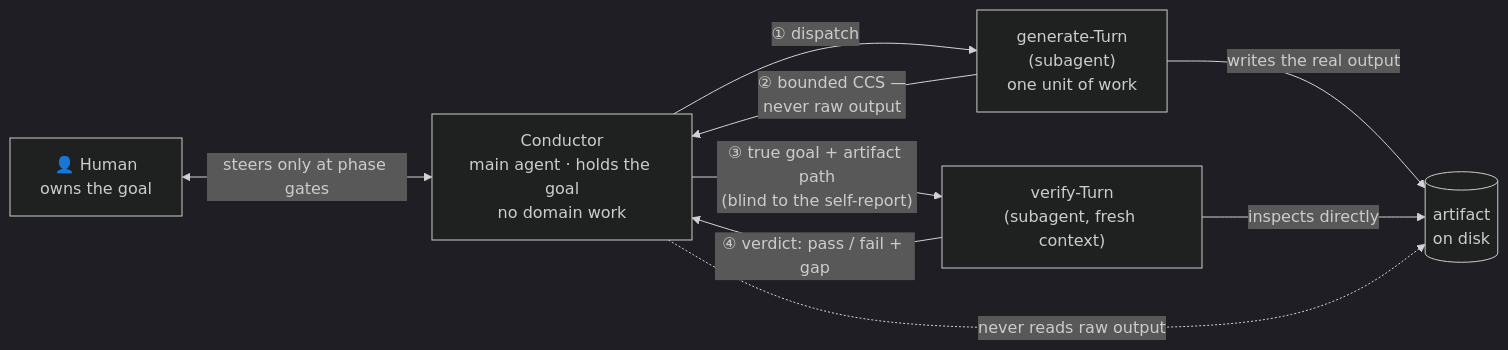
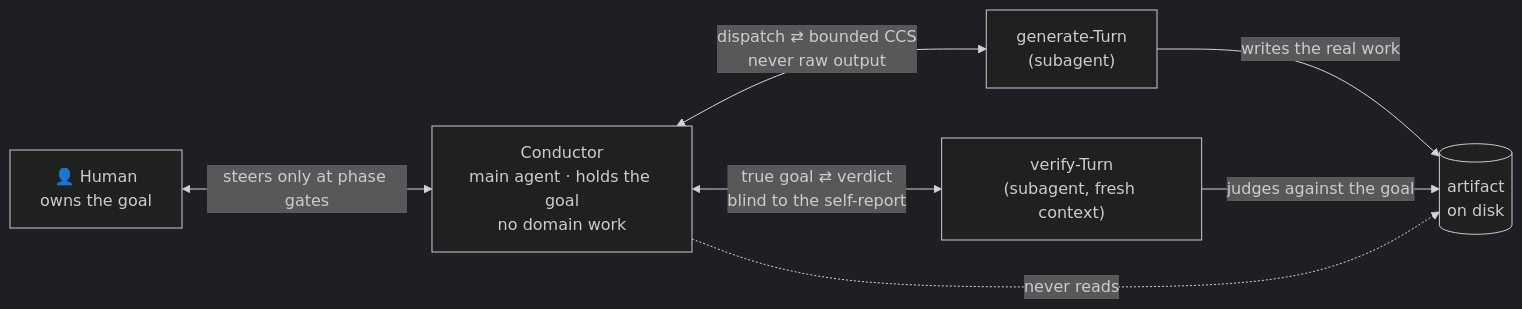
Before and after one commit to lovaizu/ccpm: the first of 4 diagrams in aiya/docs/design.md, drawn with Mermaid (dark theme). The commit also changed other lines of this file and 1 other file, not shown here.

First line of the commit message:
docs(aiya): redraw design.md §3.1 figure as actors-and-relations, not a flow

````diff
--- a/aiya/docs/design.md
+++ b/aiya/docs/design.md
@@ -94,17 +95,15 @@
 ```mermaid
 flowchart LR
     H["👤 Human<br/>owns the goal"]
     C["Conductor<br/>main agent · holds the goal<br/>no domain work"]
-    G["generate-Turn<br/>(subagent)<br/>one unit of work"]
+    G["generate-Turn<br/>(subagent)"]
     V["verify-Turn<br/>(subagent, fresh context)"]
     A[("artifact<br/>on disk")]
 
     H <-->|"steers only at phase gates"| C
-    C -->|"① dispatch"| G
-    G -->|"writes the real output"| A
-    G -->|"② bounded CCS —<br/>never raw output"| C
-    C -->|"③ true goal + artifact path<br/>(blind to the self-report)"| V
-    V -->|"inspects directly"| A
-    V -->|"④ verdict: pass / fail + gap"| C
-    C -. "never reads raw output" .-> A
+    C <-->|"dispatch ⇄ bounded CCS<br/>never raw output"| G
+    C <-->|"true goal ⇄ verdict<br/>blind to the self-report"| V
+    G -->|"writes the real work"| A
+    V -->|"judges against the goal"| A
+    C -. "never reads" .-> A
 ```
````
